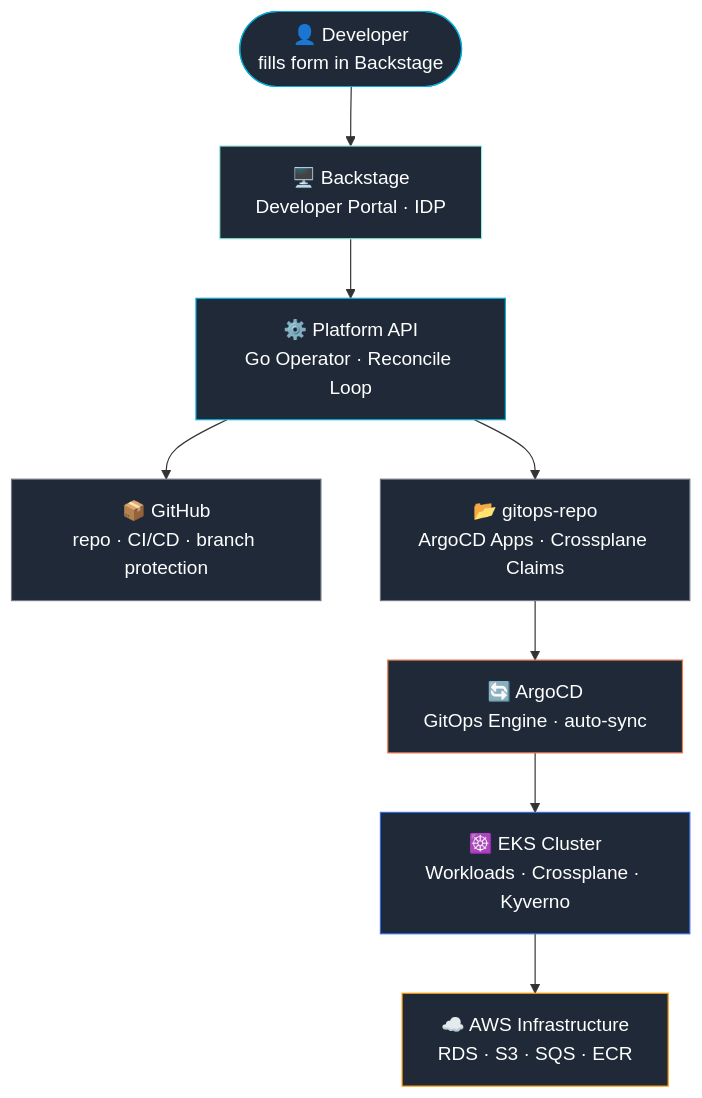
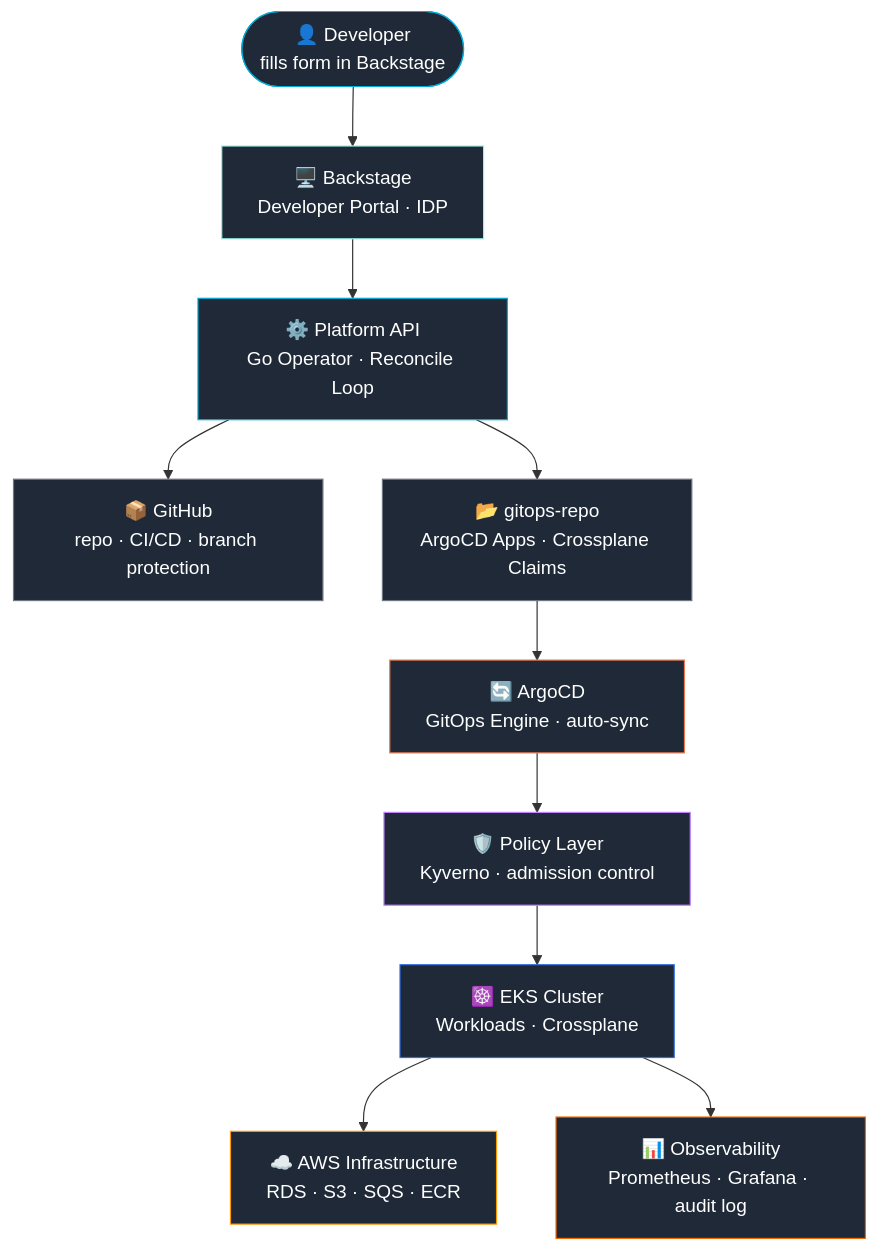
One commit to hugosleao/hugosleao changed the diagram in README.md. Above: the diagram before and after it, drawn with Mermaid. The commit also changed other lines of this file, not shown here.

Commit message:
fix: stronger About framing, add Policy/Observability layers to diagram, add AWS SAA cert
- About: 'Specializing in...' — removes transition tone
- Mermaid: Policy Layer (Kyverno) + Observability between ArgoCD and EKS
- Learning: AWS SAA-C03 in progress

Made-with: Cursor

````diff
--- a/README.md
+++ b/README.md
@@ -82,28 +82,34 @@
 ```mermaid
 graph TD
     DEV(["👤 Developer\nfills form in Backstage"])
     BS["🖥️ Backstage\nDeveloper Portal · IDP"]
     API["⚙️ Platform API\nGo Operator · Reconcile Loop"]
     GH["📦 GitHub\nrepo · CI/CD · branch protection"]
     GR["📂 gitops-repo\nArgoCD Apps · Crossplane Claims"]
     ARGO["🔄 ArgoCD\nGitOps Engine · auto-sync"]
-    EKS["☸️ EKS Cluster\nWorkloads · Crossplane · Kyverno"]
+    POL["🛡️ Policy Layer\nKyverno · admission control"]
+    OBS["📊 Observability\nPrometheus · Grafana · audit log"]
+    EKS["☸️ EKS Cluster\nWorkloads · Crossplane"]
     AWS["☁️ AWS Infrastructure\nRDS · S3 · SQS · ECR"]
 
     DEV --> BS
     BS --> API
     API --> GH
     API --> GR
     GR --> ARGO
-    ARGO --> EKS
+    ARGO --> POL
+    POL --> EKS
     EKS --> AWS
+    EKS --> OBS
 
     style DEV fill:#1f2937,stroke:#00ADD8,color:#fff
     style BS  fill:#1f2937,stroke:#9BF0E1,color:#fff
     style API fill:#1f2937,stroke:#00ADD8,color:#fff
     style GH  fill:#1f2937,stroke:#6e7681,color:#fff
     style GR  fill:#1f2937,stroke:#6e7681,color:#fff
     style ARGO fill:#1f2937,stroke:#EF7B4D,color:#fff
+    style POL fill:#1f2937,stroke:#c084fc,color:#fff
+    style OBS fill:#1f2937,stroke:#F46800,color:#fff
     style EKS fill:#1f2937,stroke:#326CE5,color:#fff
     style AWS fill:#1f2937,stroke:#FF9900,color:#fff
 ```
````
